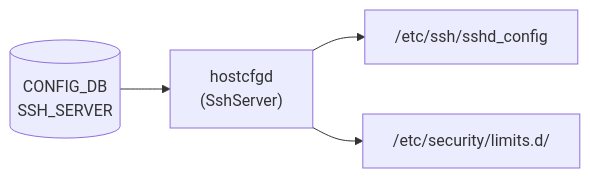
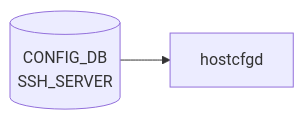
Before and after one commit to aoki-taquan/sonic-unofficial-docs: the diagram in docs/reference/config-db/ssh-server.md, drawn with Mermaid. The commit also changed other lines of this file and 359 other files, not shown here.

````diff
--- a/docs/reference/config-db/ssh-server.md
+++ b/docs/reference/config-db/ssh-server.md
@@ -34,10 +34,6 @@
 ```mermaid
 flowchart LR
   CDB[("CONFIG_DB<br/>SSH_SERVER")]
-  DM["hostcfgd<br/>(SshServer)"]
-  SSHD["/etc/ssh/sshd_config"]
-  PAM["/etc/security/limits.d/"]
+  DM["hostcfgd"]
   CDB --> DM
-  DM --> SSHD
-  DM --> PAM
 ```
````
